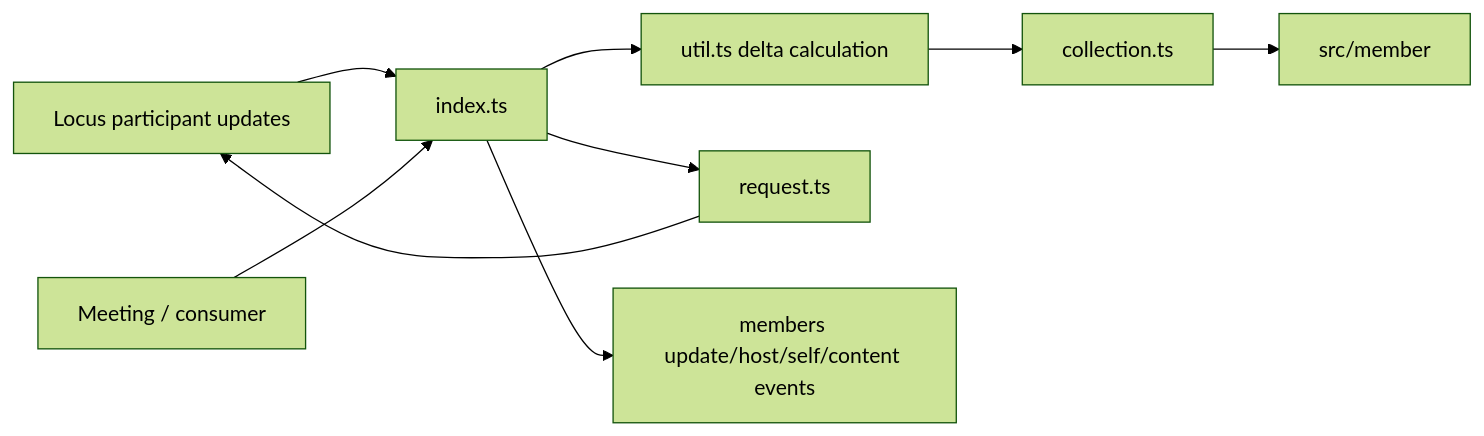
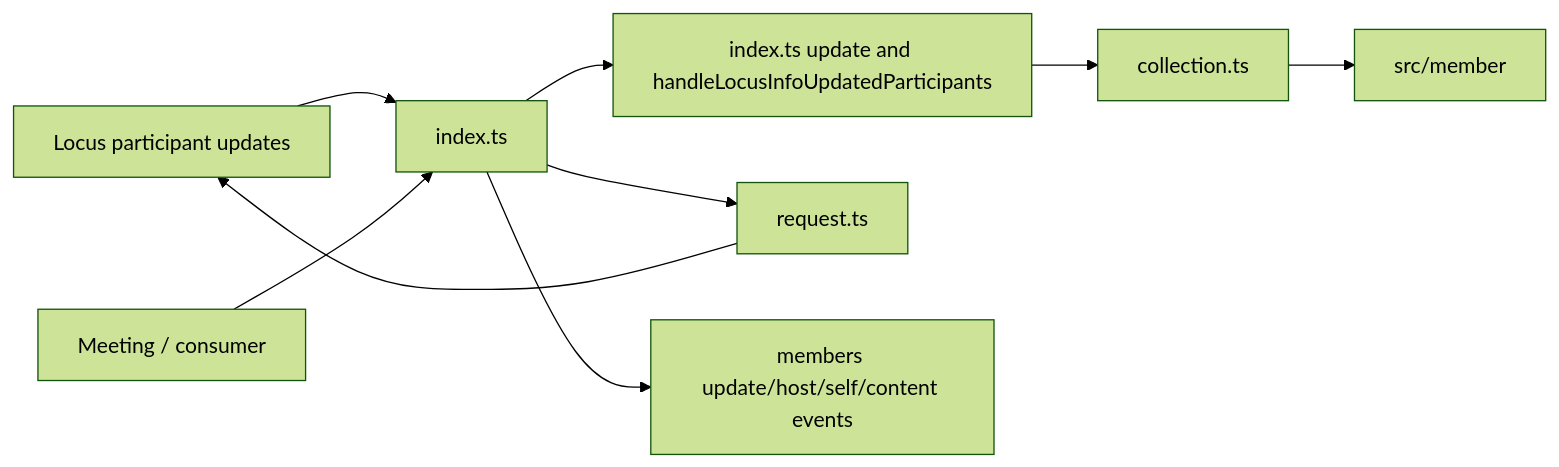
Before and after one commit to webex/webex-js-sdk: the first of 4 diagrams in packages/@webex/plugin-meetings/src/members/ai-docs/members-spec.md, drawn with Mermaid (forest theme). The commit also changed other lines of this file and 24 other files, not shown here.

````diff
--- a/packages/@webex/plugin-meetings/src/members/ai-docs/members-spec.md
+++ b/packages/@webex/plugin-meetings/src/members/ai-docs/members-spec.md
@@ -105,11 +122,11 @@
 ```mermaid
 flowchart LR
   Locus[Locus participant updates] --> Controller[index.ts]
-  Controller --> Util[util.ts delta calculation]
-  Util --> Collection[collection.ts]
+  Controller --> Delta[index.ts update and handleLocusInfoUpdatedParticipants]
+  Delta --> Collection[collection.ts]
   Collection --> Member[src/member]
   Caller[Meeting / consumer] --> Controller
   Controller --> Request[request.ts]
   Request --> Locus
   Controller --> Events[members update/host/self/content events]
 ```
````
